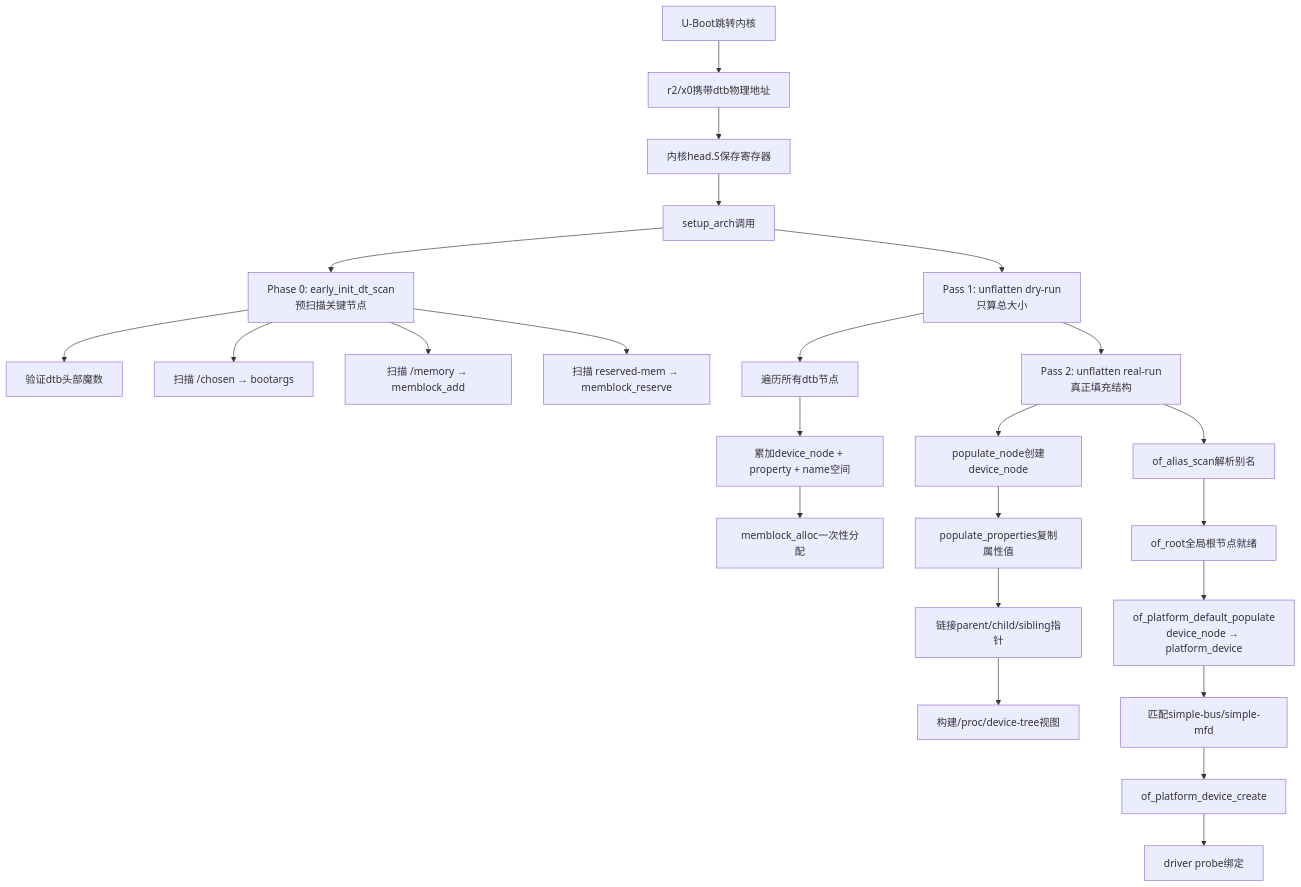
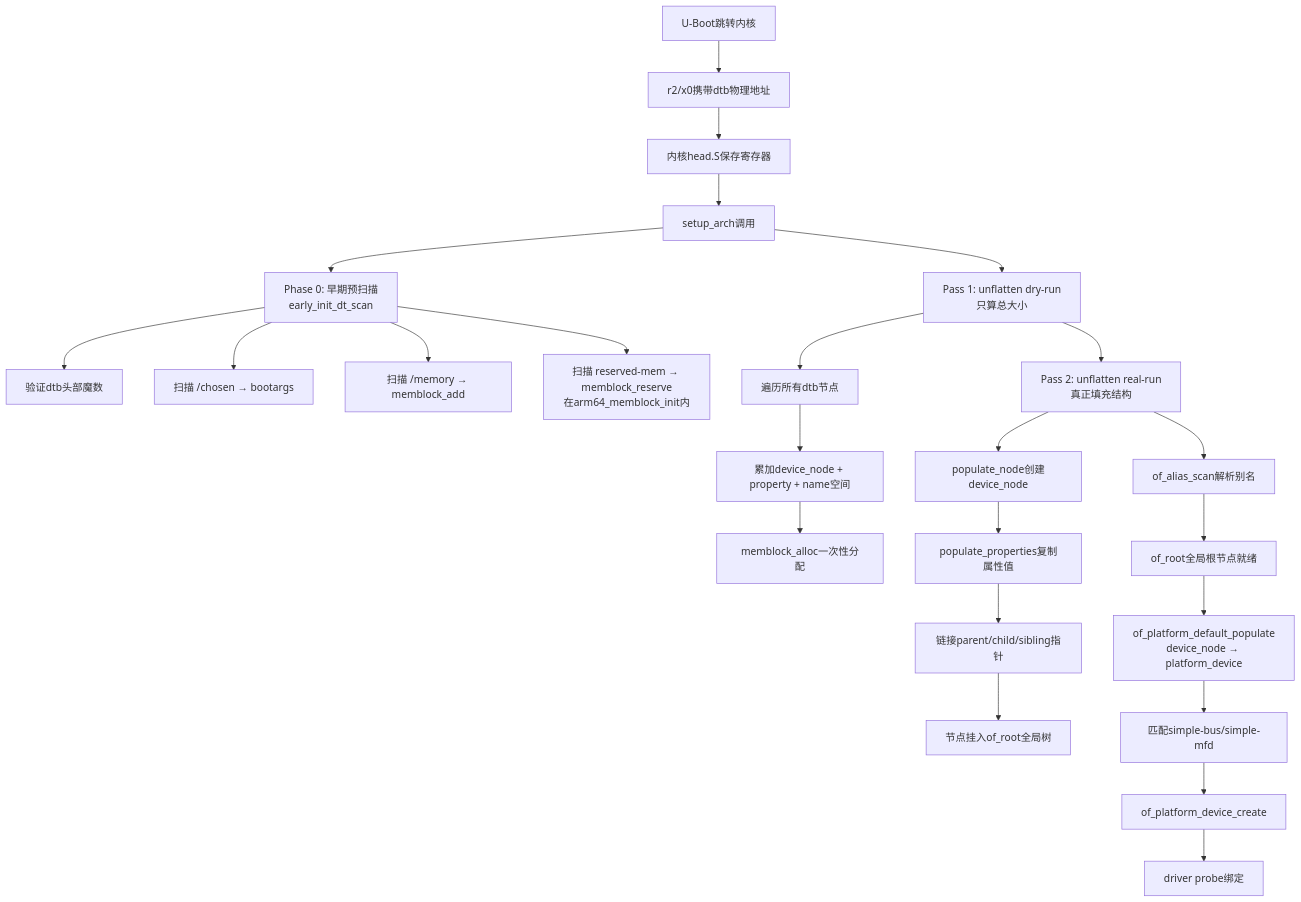
One commit to xiaohong0925/Embedded_Knowledge_System_V2026 changed the first of 2 diagrams in docs/02-核心机制深度解析/第7章 启动链深度解析/7.4.2_内核如何解析设备树_unflatten过程.md. Above: the diagram before and after it, drawn with Mermaid. The commit also changed other lines of this file and 49 other files, not shown here.

````diff
--- a/docs/02-核心机制深度解析/第7章 启动链深度解析/7.4.2_内核如何解析设备树_unflatten过程.md
+++ b/docs/02-核心机制深度解析/第7章 启动链深度解析/7.4.2_内核如何解析设备树_unflatten过程.md
@@ -143,31 +153,31 @@
 ```mermaid
 flowchart TD
     A[U-Boot跳转内核] --> B[r2/x0携带dtb物理地址]
     B --> C[内核head.S保存寄存器]
     C --> D[setup_arch调用]
 
-    D --> E[Phase 0: early_init_dt_scan<br/>预扫描关键节点]
+    D --> E[Phase 0: 早期预扫描<br/>early_init_dt_scan]
     E --> E1[验证dtb头部魔数]
     E --> E2[扫描 /chosen → bootargs]
     E --> E3[扫描 /memory → memblock_add]
-    E --> E4[扫描 reserved-mem → memblock_reserve]
+    E --> E4[扫描 reserved-mem → memblock_reserve<br/>在arm64_memblock_init内]
 
     D --> F[Pass 1: unflatten dry-run<br/>只算总大小]
     F --> F1[遍历所有dtb节点]
     F1 --> F2[累加device_node + property + name空间]
     F2 --> F3[memblock_alloc一次性分配]
 
     F --> G[Pass 2: unflatten real-run<br/>真正填充结构]
     G --> G1[populate_node创建device_node]
     G1 --> G2[populate_properties复制属性值]
     G2 --> G3[链接parent/child/sibling指针]
-    G3 --> G4[构建/proc/device-tree视图]
+    G3 --> G4[节点挂入of_root全局树]
 
     G --> H[of_alias_scan解析别名]
     H --> I[of_root全局根节点就绪]
 
     I --> J[of_platform_default_populate<br/>device_node → platform_device]
     J --> J1[匹配simple-bus/simple-mfd]
     J1 --> J2[of_platform_device_create]
     J2 --> J3[driver probe绑定]
 ```
````
